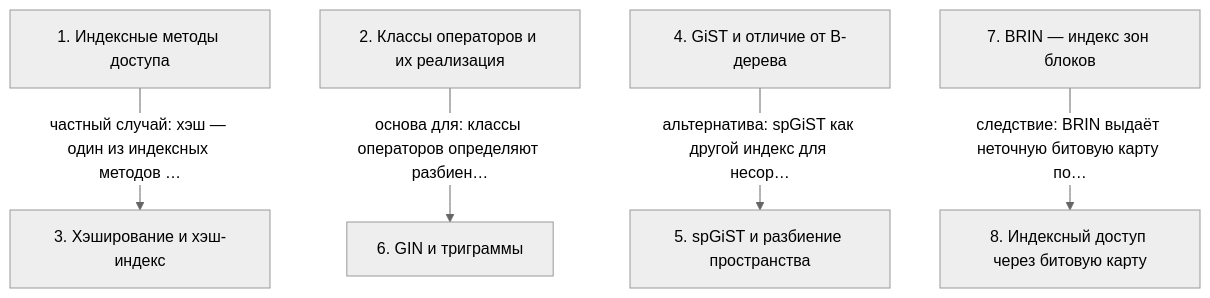
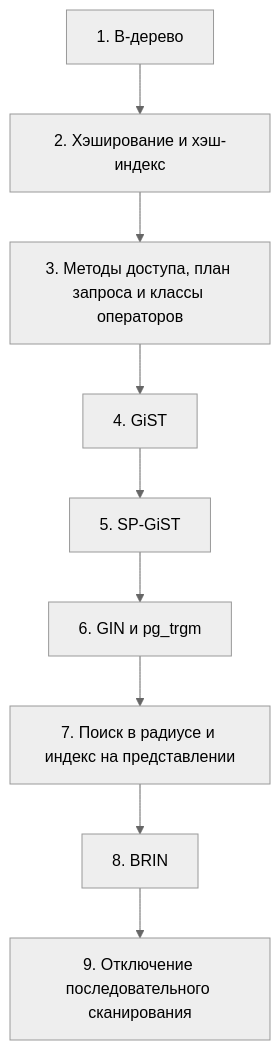
The diagram in postgres-qpt/06 - QPT-16. 05. Типы Индексов/notes.md (AsoloCode/notes), drawn with Mermaid (neutral theme) before and after one commit. The commit also changed other lines of this file and 503 other files, not shown here.

First line of the commit message:
Обновить конспекты PostgreSQL (QPT-16, DEV1-16): слайды, схемы, факт-чек

````diff
--- a/postgres-qpt/06 - QPT-16. 05. Типы Индексов/notes.md
+++ b/postgres-qpt/06 - QPT-16. 05. Типы Индексов/notes.md
@@ -118,15 +354,20 @@
 ```mermaid
 flowchart TD
-    n1["1. Индексные методы доступа"]
-    n2["2. Классы операторов и их реализация"]
-    n3["3. Хэширование и хэш-индекс"]
-    n4["4. GiST и отличие от B-дерева"]
-    n5["5. spGiST и разбиение пространства"]
-    n6["6. GIN и триграммы"]
-    n7["7. BRIN — индекс зон блоков"]
-    n8["8. Индексный доступ через битовую карту"]
-    n1 -->|частный случай: хэш — один из индексных методов …| n3
-    n4 -->|альтернатива: spGiST как другой индекс для несор…| n5
-    n2 -->|основа для: классы операторов определяют разбиен…| n6
-    n7 -->|следствие: BRIN выдаёт неточную битовую карту по…| n8
+    n1["1. B-дерево"]
+    n2["2. Хэширование и хэш-индекс"]
+    n3["3. Методы доступа, план запроса и классы операторов"]
+    n4["4. GiST"]
+    n5["5. SP-GiST"]
+    n6["6. GIN и pg_trgm"]
+    n7["7. Поиск в радиусе и индекс на представлении"]
+    n8["8. BRIN"]
+    n9["9. Отключение последовательного сканирования"]
+    n1 --> n2
+    n2 --> n3
+    n3 --> n4
+    n4 --> n5
+    n5 --> n6
+    n6 --> n7
+    n7 --> n8
+    n8 --> n9
 ```
````
